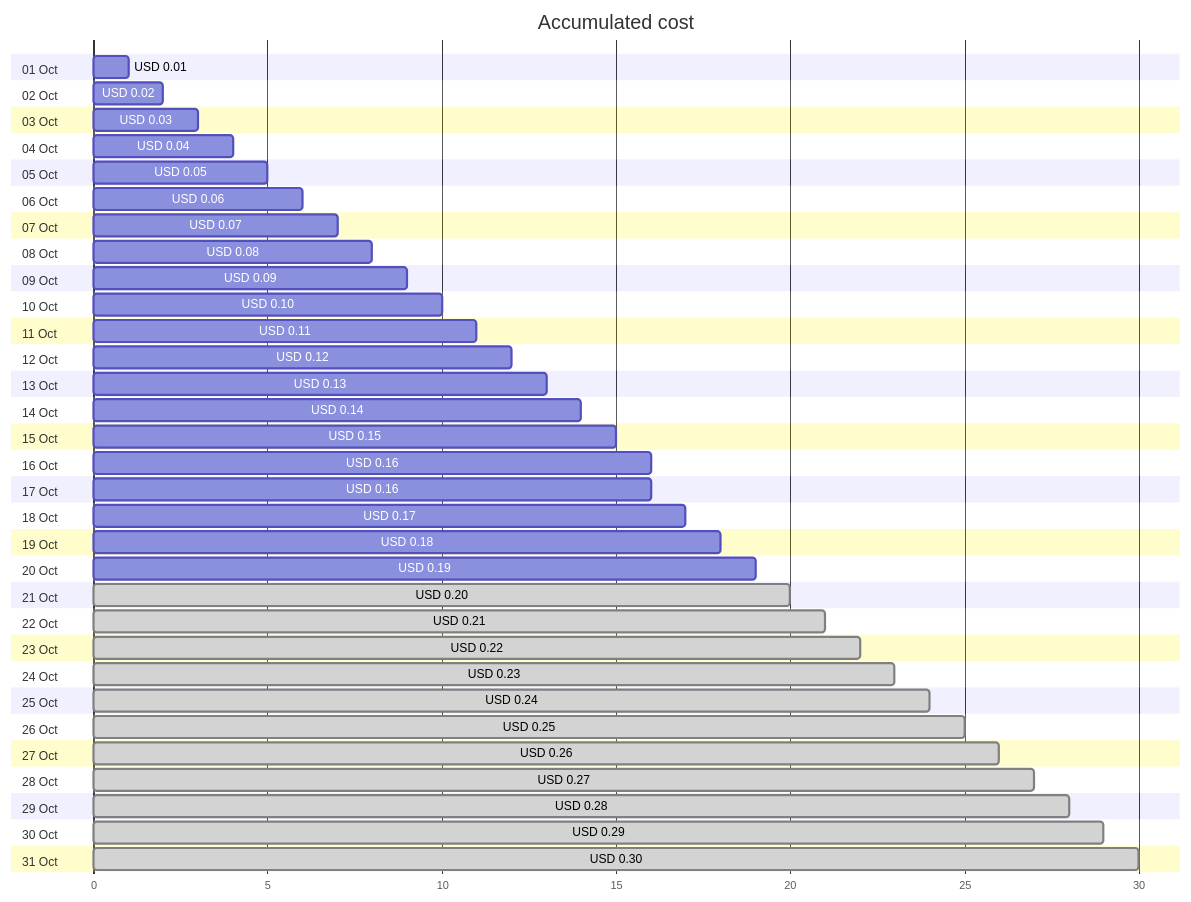
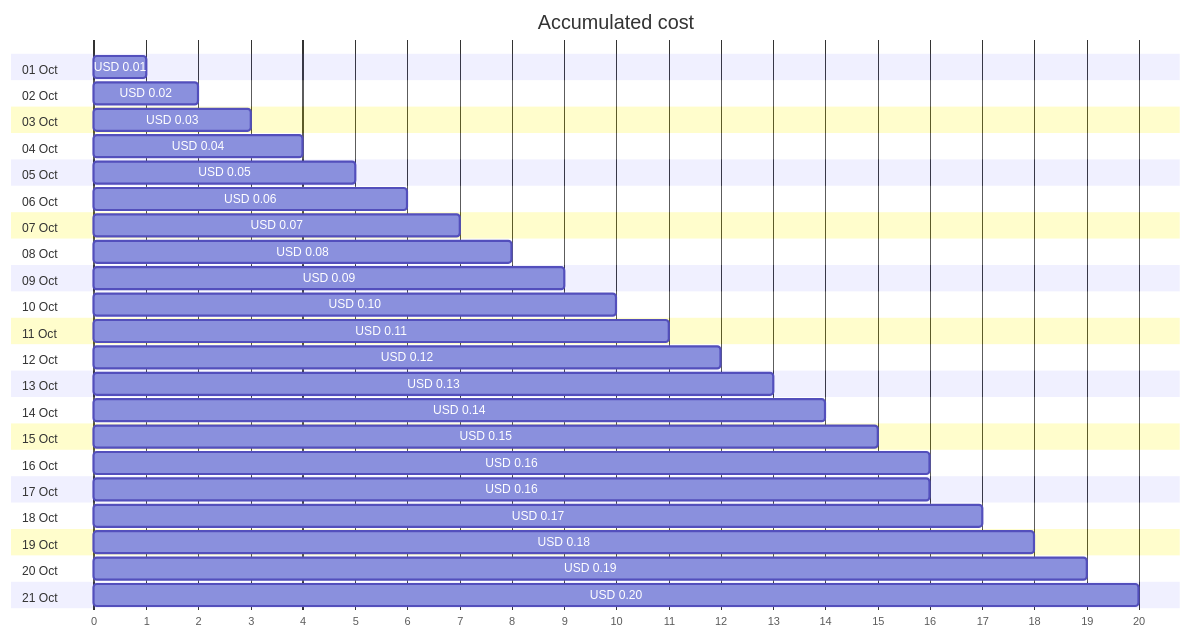
The first of 4 diagrams in cost-reports/cloud-shell-storage-eastus/README.md (jpfulton/azure-personal-reports), drawn with Mermaid before and after one commit. The commit also changed other lines of this file and 1 other file, not shown here.

Commit message:
Generated reports [skip ci]

````diff
--- a/cost-reports/cloud-shell-storage-eastus/README.md
+++ b/cost-reports/cloud-shell-storage-eastus/README.md
@@ -20,68 +20,48 @@
 ```mermaid
 gantt
    title Accumulated cost
    dateFormat  X
    axisFormat %s
    section 01 Oct
    USD 0.01 :0, 1
    section 02 Oct
    USD 0.02 :0, 2
    section 03 Oct
    USD 0.03 :0, 3
    section 04 Oct
    USD 0.04 :0, 4
    section 05 Oct
    USD 0.05 :0, 5
    section 06 Oct
    USD 0.06 :0, 6
    section 07 Oct
    USD 0.07 :0, 7
    section 08 Oct
    USD 0.08 :0, 8
    section 09 Oct
    USD 0.09 :0, 9
    section 10 Oct
    USD 0.10 :0, 10
    section 11 Oct
    USD 0.11 :0, 11
    section 12 Oct
    USD 0.12 :0, 12
    section 13 Oct
    USD 0.13 :0, 13
    section 14 Oct
    USD 0.14 :0, 14
    section 15 Oct
    USD 0.15 :0, 15
    section 16 Oct
    USD 0.16 :0, 16
    section 17 Oct
    USD 0.16 :0, 16
    section 18 Oct
    USD 0.17 :0, 17
    section 19 Oct
    USD 0.18 :0, 18
    section 20 Oct
    USD 0.19 :0, 19
    section 21 Oct
-   USD 0.20 : done, 0, 20
-   section 22 Oct
-   USD 0.21 : done, 0, 21
-   section 23 Oct
-   USD 0.22 : done, 0, 22
-   section 24 Oct
-   USD 0.23 : done, 0, 23
-   section 25 Oct
-   USD 0.24 : done, 0, 24
-   section 26 Oct
-   USD 0.25 : done, 0, 25
-   section 27 Oct
-   USD 0.26 : done, 0, 26
-   section 28 Oct
-   USD 0.27 : done, 0, 27
-   section 29 Oct
-   USD 0.28 : done, 0, 28
-   section 30 Oct
-   USD 0.29 : done, 0, 29
-   section 31 Oct
-   USD 0.30 : done, 0, 30
+   USD 0.20 :0, 20
 ```
````
